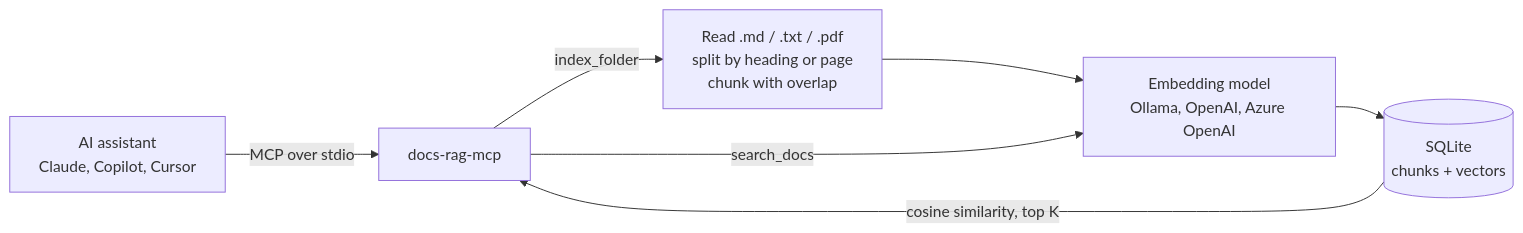
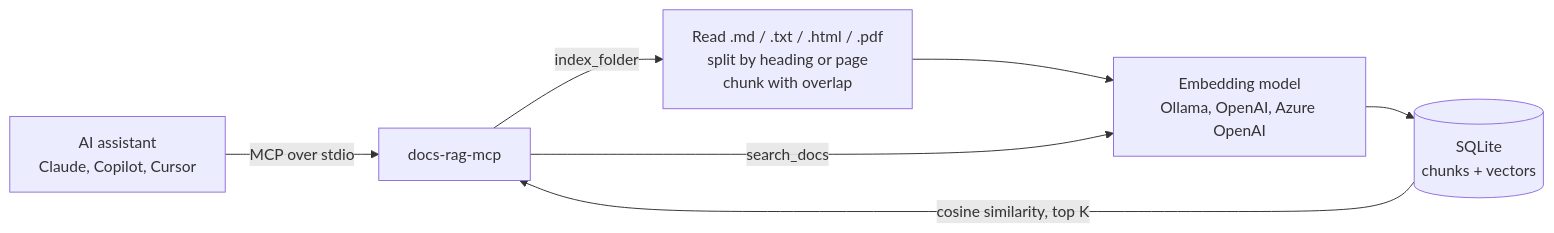
The diagram in README.md (Ahmed-Manai/docs-rag-mcp), drawn with Mermaid before and after one commit. The commit also changed other lines of this file and 7 other files, not shown here.

First line of the commit message:
Index HTML files (0.5.0)

````diff
--- a/README.md
+++ b/README.md
@@ -51,9 +52,9 @@
 ```mermaid
 flowchart LR
     A[AI assistant<br/>Claude, Copilot, Cursor] -- MCP over stdio --> B[docs-rag-mcp]
-    B -- index_folder --> C[Read .md / .txt / .pdf<br/>split by heading or page<br/>chunk with overlap]
+    B -- index_folder --> C[Read .md / .txt / .html / .pdf<br/>split by heading or page<br/>chunk with overlap]
     C --> D[Embedding model<br/>Ollama, OpenAI, Azure OpenAI]
     D --> E[(SQLite<br/>chunks + vectors)]
     B -- search_docs --> D
     E -- cosine similarity, top K --> B
 ```
````
